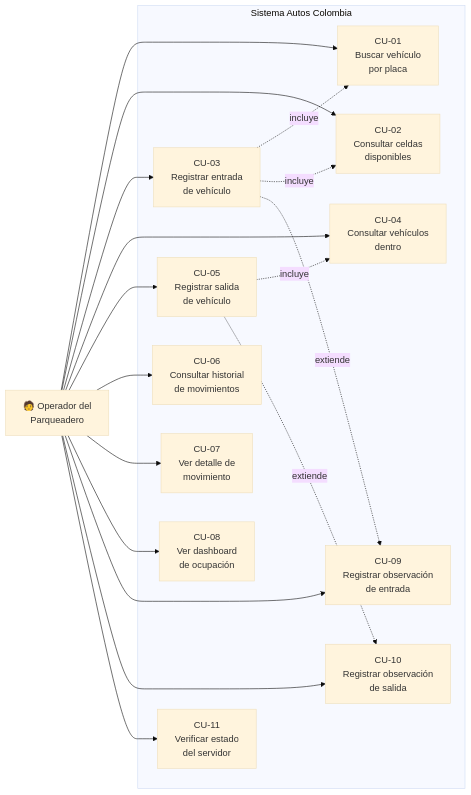
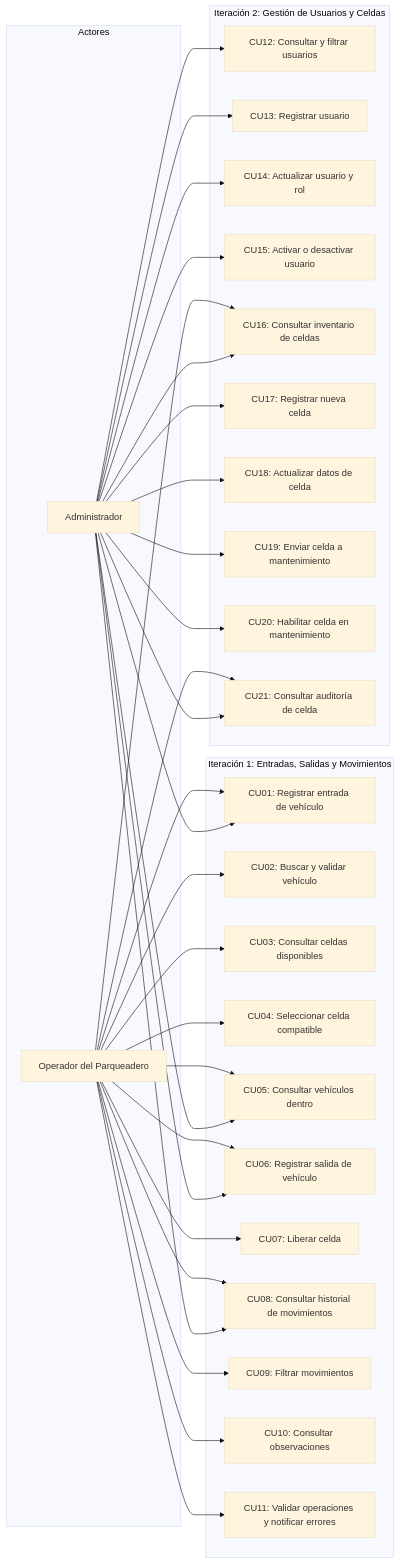
The diagram in docs/casos-uso.md (Miguelzuleta002/-autos-colombia), drawn with Mermaid (base theme) before and after one commit. The commit also changed other lines of this file and 45 other files, not shown here.

First line of the commit message:
feat: implementar iteraciones 1 y 2 - Autos Colombia

````diff
--- a/docs/casos-uso.md
+++ b/docs/casos-uso.md
@@ -11,36 +10,63 @@
 ```mermaid
 flowchart LR
-    OP["🧑 Operador del\nParqueadero"]
-    
-    subgraph "Sistema Autos Colombia"
-        CU01["CU-01\nBuscar vehículo\npor placa"]
-        CU02["CU-02\nConsultar celdas\ndisponibles"]
-        CU03["CU-03\nRegistrar entrada\nde vehículo"]
-        CU04["CU-04\nConsultar vehículos\ndentro"]
-        CU05["CU-05\nRegistrar salida\nde vehículo"]
-        CU06["CU-06\nConsultar historial\nde movimientos"]
-        CU07["CU-07\nVer detalle de\nmovimiento"]
-        CU08["CU-08\nVer dashboard\nde ocupación"]
-        CU09["CU-09\nRegistrar observación\nde entrada"]
-        CU10["CU-10\nRegistrar observación\nde salida"]
-        CU11["CU-11\nVerificar estado\ndel servidor"]
+    subgraph Actores
+        Operador["Operador del Parqueadero"]
+        Admin["Administrador"]
     end
-    
-    OP --> CU01
-    OP --> CU02
-    OP --> CU03
-    OP --> CU04
-    OP --> CU05
-    OP --> CU06
-    OP --> CU07
-    OP --> CU08
-    OP --> CU09
-    OP --> CU10
-    OP --> CU11
-    
-    CU03 -.->|incluye| CU01
-    CU03 -.->|incluye| CU02
-    CU03 -.->|extiende| CU09
-    CU05 -.->|incluye| CU04
-    CU05 -.->|extiende| CU10
+
+    subgraph Iteracion1["Iteración 1: Entradas, Salidas y Movimientos"]
+        CU01["CU01: Registrar entrada de vehículo"]
+        CU02["CU02: Buscar y validar vehículo"]
+        CU03["CU03: Consultar celdas disponibles"]
+        CU04["CU04: Seleccionar celda compatible"]
+        CU05["CU05: Consultar vehículos dentro"]
+        CU06["CU06: Registrar salida de vehículo"]
+        CU07["CU07: Liberar celda"]
+        CU08["CU08: Consultar historial de movimientos"]
+        CU09["CU09: Filtrar movimientos"]
+        CU10["CU10: Consultar observaciones"]
+        CU11["CU11: Validar operaciones y notificar errores"]
+    end
+
+    subgraph Iteracion2["Iteración 2: Gestión de Usuarios y Celdas"]
+        CU12["CU12: Consultar y filtrar usuarios"]
+        CU13["CU13: Registrar usuario"]
+        CU14["CU14: Actualizar usuario y rol"]
+        CU15["CU15: Activar o desactivar usuario"]
+        CU16["CU16: Consultar inventario de celdas"]
+        CU17["CU17: Registrar nueva celda"]
+        CU18["CU18: Actualizar datos de celda"]
+        CU19["CU19: Enviar celda a mantenimiento"]
+        CU20["CU20: Habilitar celda en mantenimiento"]
+        CU21["CU21: Consultar auditoría de celda"]
+    end
+
+    Operador --> CU01
+    Operador --> CU02
+    Operador --> CU03
+    Operador --> CU04
+    Operador --> CU05
+    Operador --> CU06
+    Operador --> CU07
+    Operador --> CU08
+    Operador --> CU09
+    Operador --> CU10
+    Operador --> CU11
+    Operador --> CU16
+    Operador --> CU21
+
+    Admin --> CU01
+    Admin --> CU05
+    Admin --> CU06
+    Admin --> CU08
+    Admin --> CU12
+    Admin --> CU13
+    Admin --> CU14
+    Admin --> CU15
+    Admin --> CU16
+    Admin --> CU17
+    Admin --> CU18
+    Admin --> CU19
+    Admin --> CU20
+    Admin --> CU21
 ```
````
